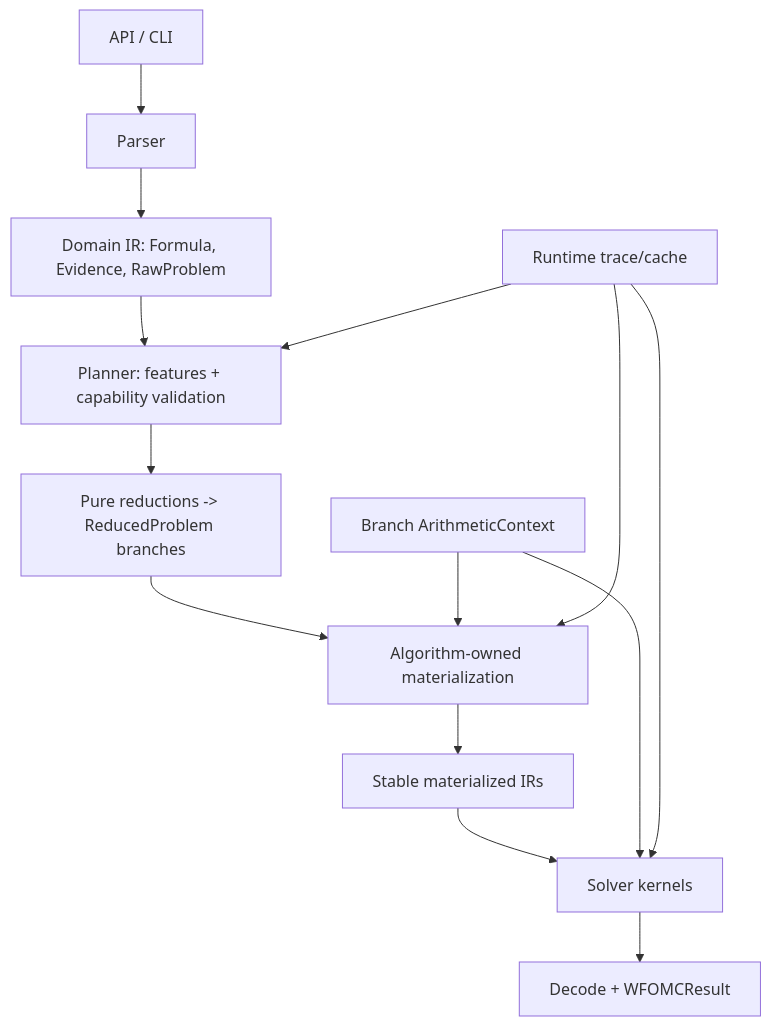
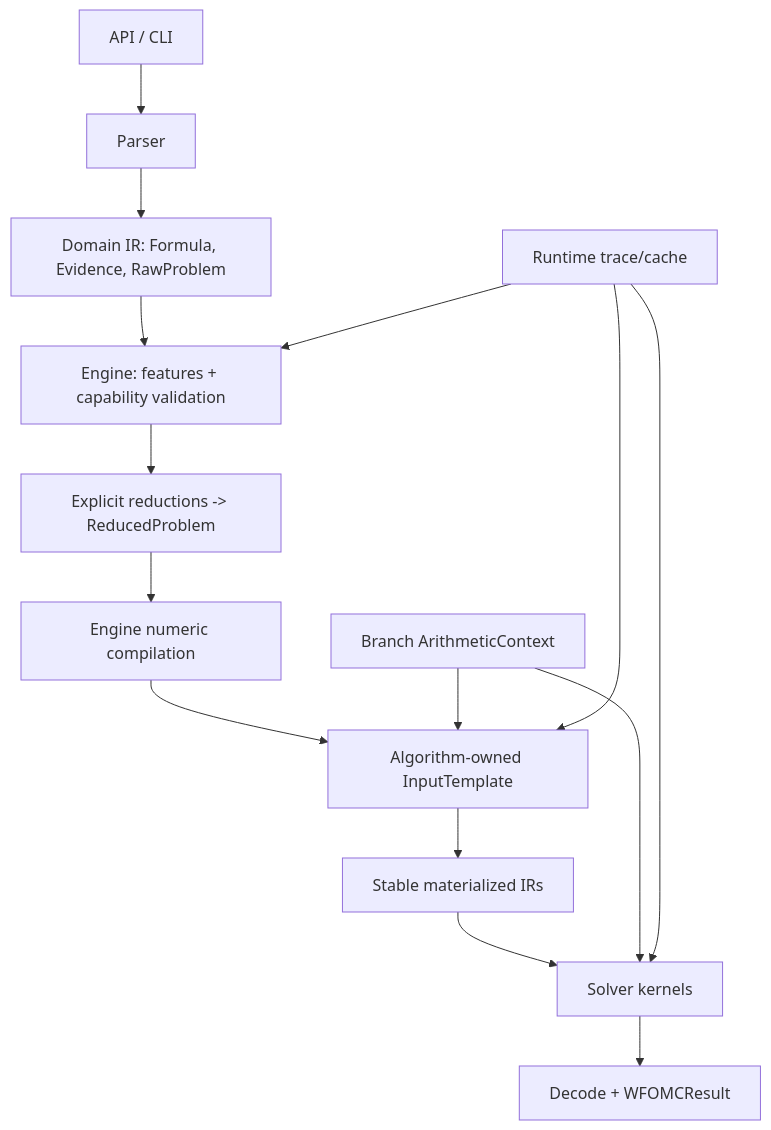
The second of 2 diagrams in docs/architecture-review-2026-07-10.md (yuanhong-wang/WFOMC), drawn with Mermaid before and after one commit. The commit also changed other lines of this file and 109 other files, not shown here.

Commit message:
refactor: finalize domain-separated engine cleanup

````diff
--- a/docs/architecture-review-2026-07-10.md
+++ b/docs/architecture-review-2026-07-10.md
@@ -342,17 +352,18 @@
 ```mermaid
 flowchart TD
     API["API / CLI"] --> PARSER["Parser"]
     PARSER --> DOMAIN["Domain IR: Formula, Evidence, RawProblem"]
-    DOMAIN --> PLAN["Planner: features + capability validation"]
-    PLAN --> REDUCE["Pure reductions -> ReducedProblem branches"]
-    REDUCE --> MAT["Algorithm-owned materialization"]
+    DOMAIN --> ENGINE["Engine: features + capability validation"]
+    ENGINE --> REDUCE["Explicit reductions -> ReducedProblem"]
+    REDUCE --> COMPILE["Engine numeric compilation"]
+    COMPILE --> MAT["Algorithm-owned InputTemplate"]
     MAT --> MIR["Stable materialized IRs"]
     MIR --> ALG["Solver kernels"]
     ALG --> RESULT["Decode + WFOMCResult"]
 
     ARITH["Branch ArithmeticContext"] --> MAT
     ARITH --> ALG
-    OBS["Runtime trace/cache"] --> PLAN
+    OBS["Runtime trace/cache"] --> ENGINE
     OBS --> MAT
     OBS --> ALG
 ```
````
